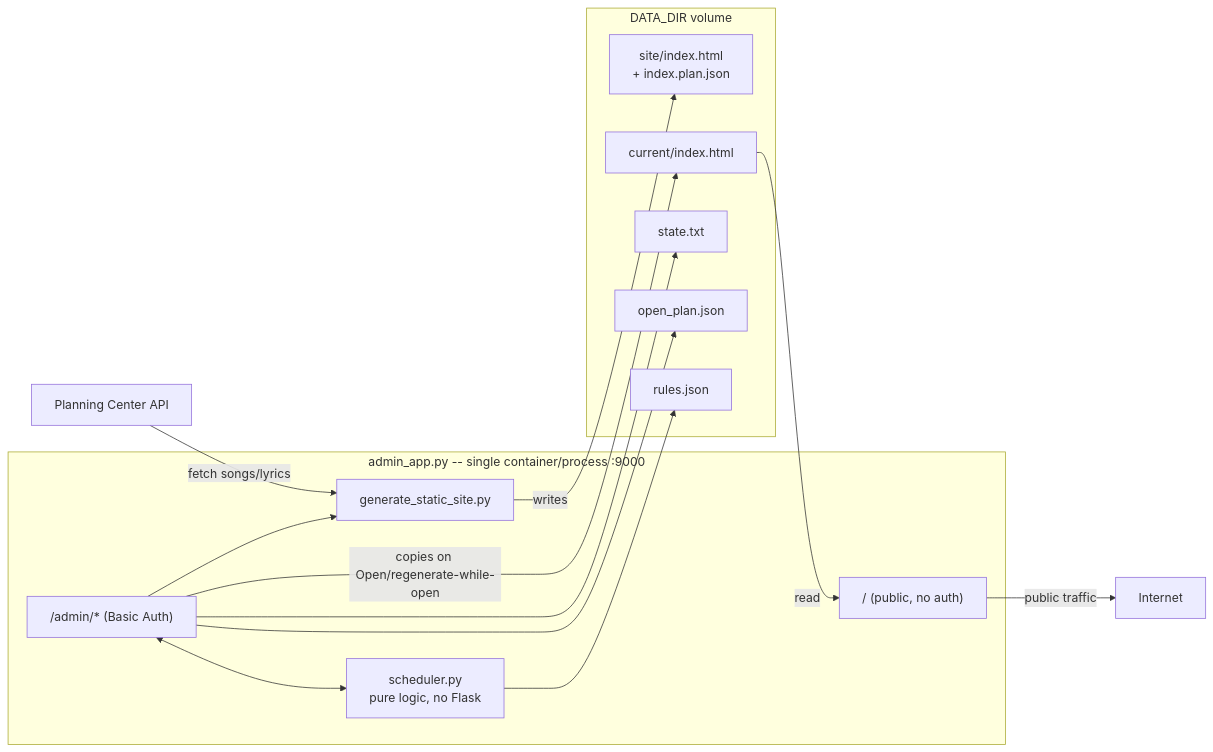
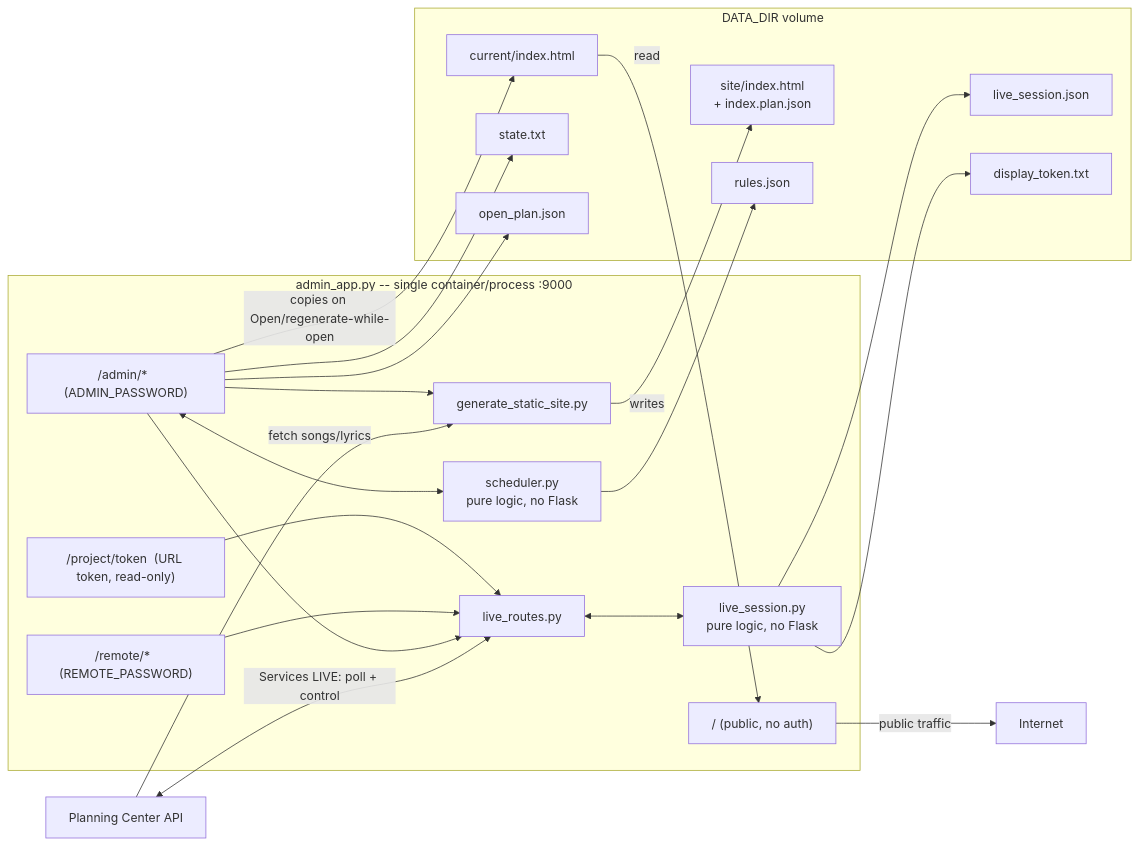
Before and after one commit to jswetzen/planning-center-lyrics: the diagram in ARCHITECTURE.md, drawn with Mermaid. The commit also changed other lines of this file and 10 other files, not shown here.

````diff
--- a/ARCHITECTURE.md
+++ b/ARCHITECTURE.md
@@ -22,26 +22,39 @@
 ```mermaid
 flowchart LR
     PCO[Planning Center API] -->|fetch songs/lyrics| GEN[generate_static_site.py]
+    PCO <-->|Services LIVE: poll + control| LIVER
     subgraph app[admin_app.py -- single container/process :9000]
         GEN
         PUBLIC["/  (public, no auth)"]
-        ADMINR["/admin/*  (Basic Auth)"]
+        ADMINR["/admin/*  (ADMIN_PASSWORD)"]
+        REMOTE["/remote/*  (REMOTE_PASSWORD)"]
+        PROJECT["/project/token  (URL token, read-only)"]
         SCHED[scheduler.py<br/>pure logic, no Flask]
+        LIVER[live_routes.py]
+        LIVES[live_session.py<br/>pure logic, no Flask]
         ADMINR --> GEN
         ADMINR <--> SCHED
+        ADMINR --> LIVER
+        REMOTE --> LIVER
+        PROJECT --> LIVER
+        LIVER <--> LIVES
     end
     subgraph data[DATA_DIR volume]
         SITE[site/index.html<br/>+ index.plan.json]
         CURRENT[current/index.html]
         STATE[state.txt]
         OPENPLAN[open_plan.json]
         RULES[rules.json]
+        LIVEJSON[live_session.json]
+        TOKEN[display_token.txt]
     end
     GEN -->|writes| SITE
     ADMINR -->|copies on Open/regenerate-while-open| CURRENT
     ADMINR --> STATE
     ADMINR --> OPENPLAN
     SCHED --> RULES
+    LIVES --> LIVEJSON
+    LIVES --> TOKEN
     CURRENT -->|read| PUBLIC
     PUBLIC -->|public traffic| Internet
 ```
````
